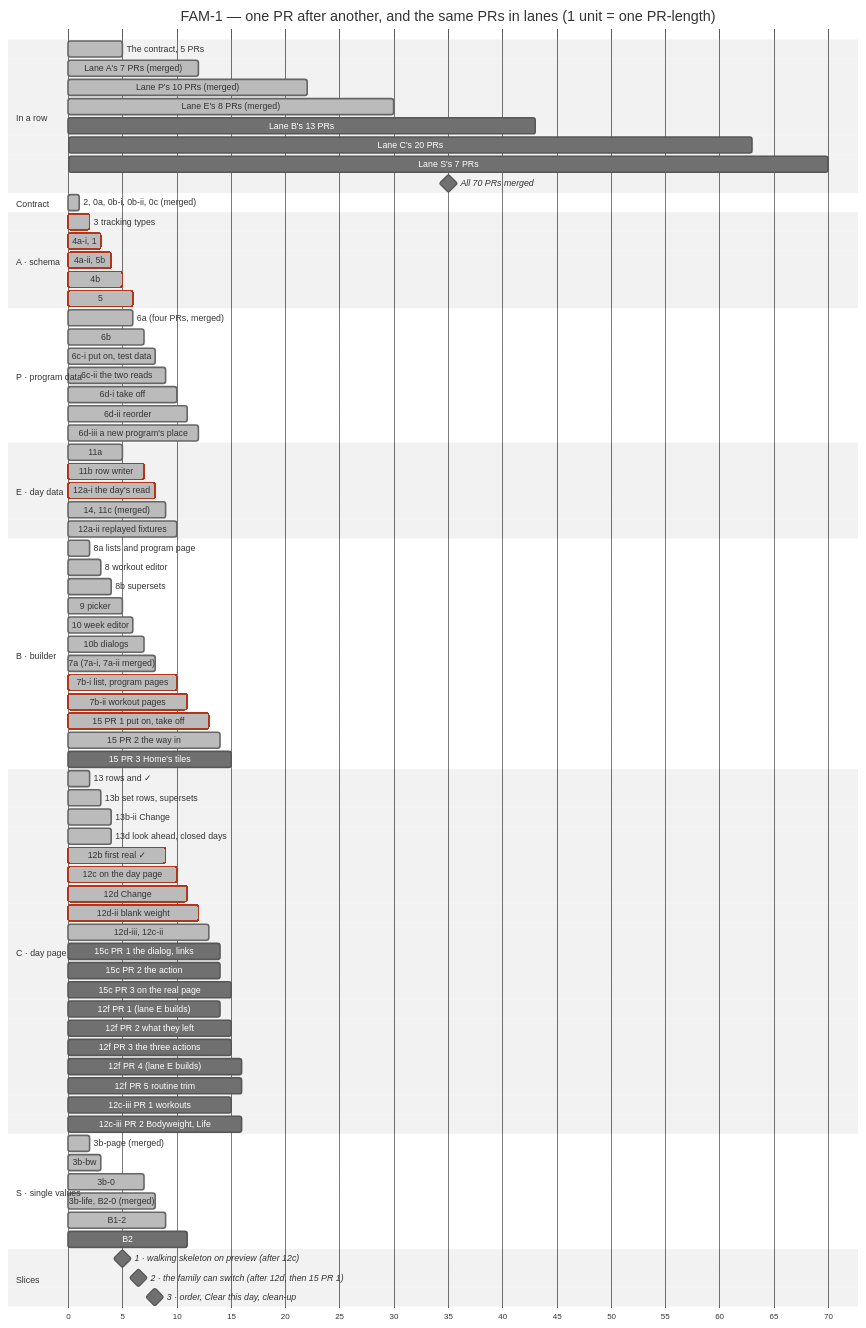
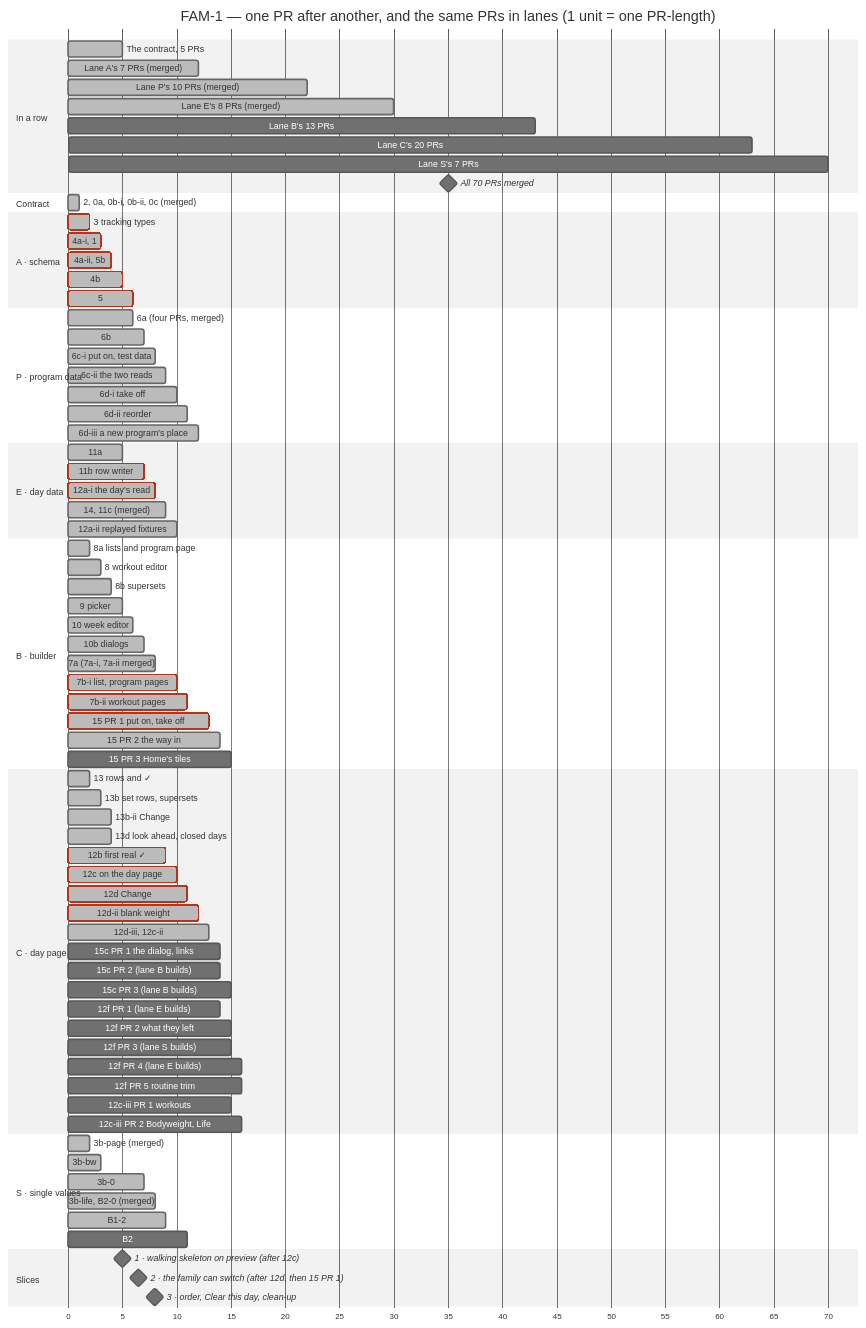
Before and after one commit to ralamode/mat-plan: the second of 2 diagrams in docs/milestones/fam-1-family-program.md, drawn with Mermaid (neutral theme). The commit also changed other lines of this file and 3 other files, not shown here.

Commit message:
docs(fam-1): the day page's last ten prs are spread over four lanes; who builds each

```diff
--- a/docs/milestones/fam-1-family-program.md
+++ b/docs/milestones/fam-1-family-program.md
@@ -325,11 +325,11 @@
   12d-ii blank weight          :crit, done, c6b, 11, 12
   12d-iii, 12c-ii              :done, c6c, 12, 13
   15c PR 1 the dialog, links   :c7a, 13, 14
-  15c PR 2 the action          :c7b, 13, 14
-  15c PR 3 on the real page    :c7c, 14, 15
+  15c PR 2 (lane B builds)     :c7b, 13, 14
+  15c PR 3 (lane B builds)     :c7c, 14, 15
   12f PR 1 (lane E builds)     :c9a, 13, 14
   12f PR 2 what they left      :c9b, 14, 15
-  12f PR 3 the three actions   :c9c, 14, 15
+  12f PR 3 (lane S builds)     :c9c, 14, 15
   12f PR 4 (lane E builds)     :c9d, 15, 16
   12f PR 5 routine trim        :c9e, 15, 16
   12c-iii PR 1 workouts        :c8a, 14, 15
```
